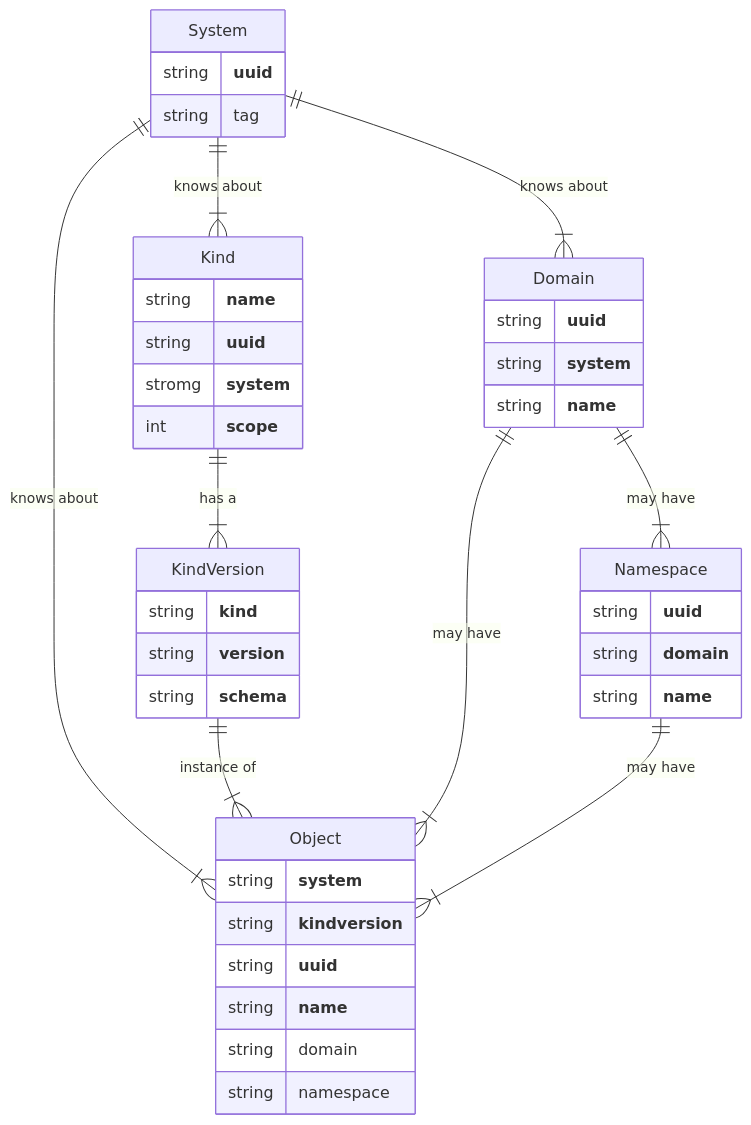
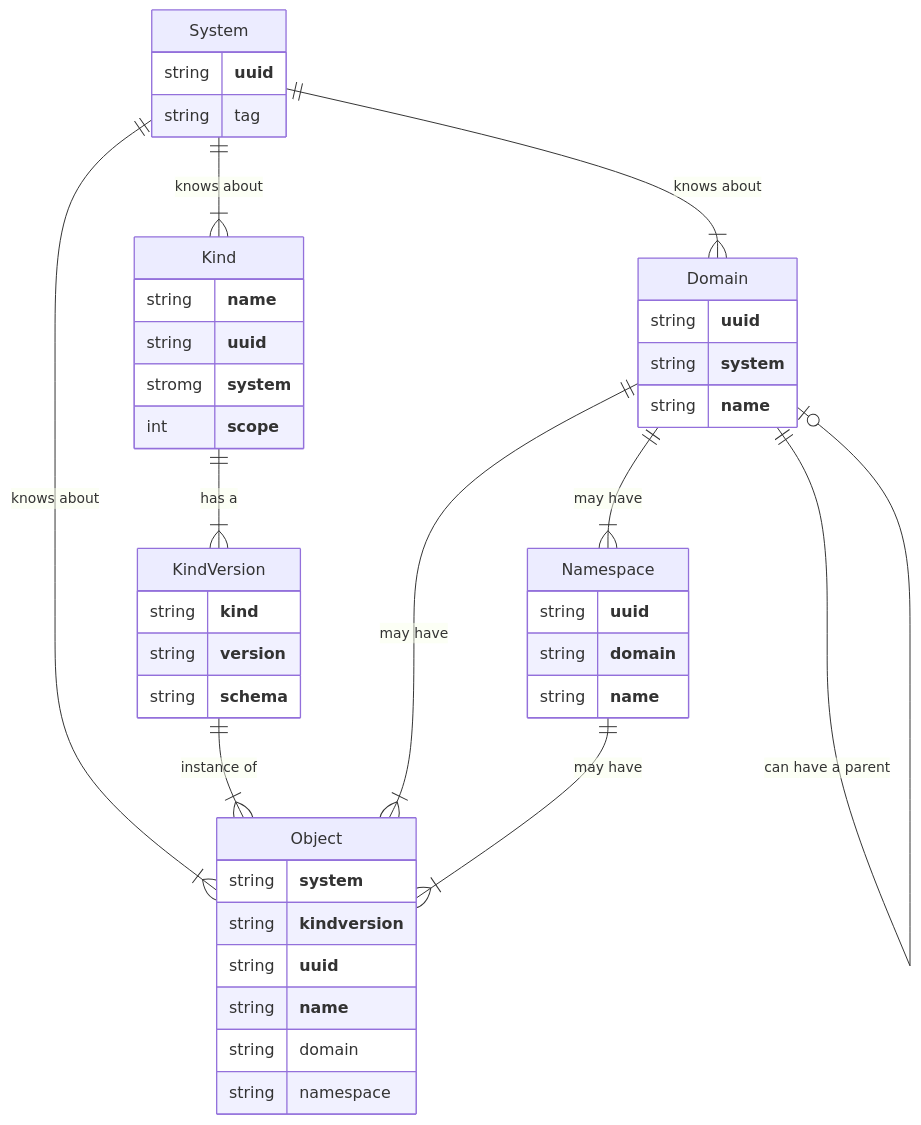
The fourth of 4 diagrams in docs/reference.md (relexec/rxp), drawn with Mermaid before and after one commit. The commit also changed other lines of this file and 4 other files, not shown here.

Commit message:
Allow a Domain to have a parent

````diff
--- a/docs/reference.md
+++ b/docs/reference.md
@@ -167,44 +169,45 @@
 ```mermaid
 erDiagram
     System ||--|{ Kind : "knows about"
     System ||--|{ Domain : "knows about"
     System ||--|{ Object : "knows about"
     Kind ||--|{ KindVersion : "has a"
     KindVersion ||--|{ Object : "instance of"
     Domain ||--|{ Namespace : "may have"
     Domain ||--|{ Object : "may have"
+    Domain ||--|o Domain : "can have a parent"
     Namespace ||--|{ Object : "may have"
     System {
         string **uuid**
         string tag
     }
     Kind {
         string **name**
         string **uuid**
         stromg **system**
         int **scope**
     }
     KindVersion{
         string **kind**
         string **version**
         string **schema**
     }
     Domain{
         string **uuid**
         string **system**
         string **name**
     }
     Namespace{
         string **uuid**
         string **domain**
         string **name**
     }
     Object{
         string **system**
         string **kindversion**
         string **uuid**
         string **name**
         string domain
         string namespace
     }
 ```
````
